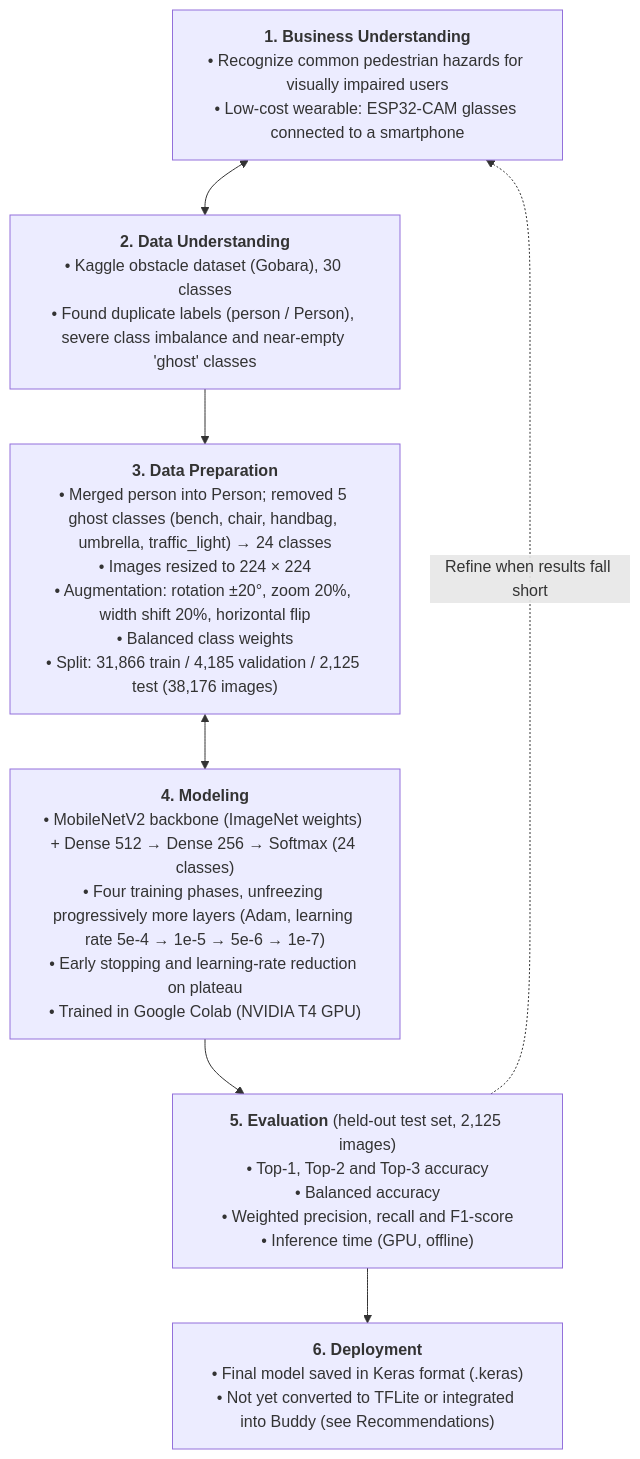
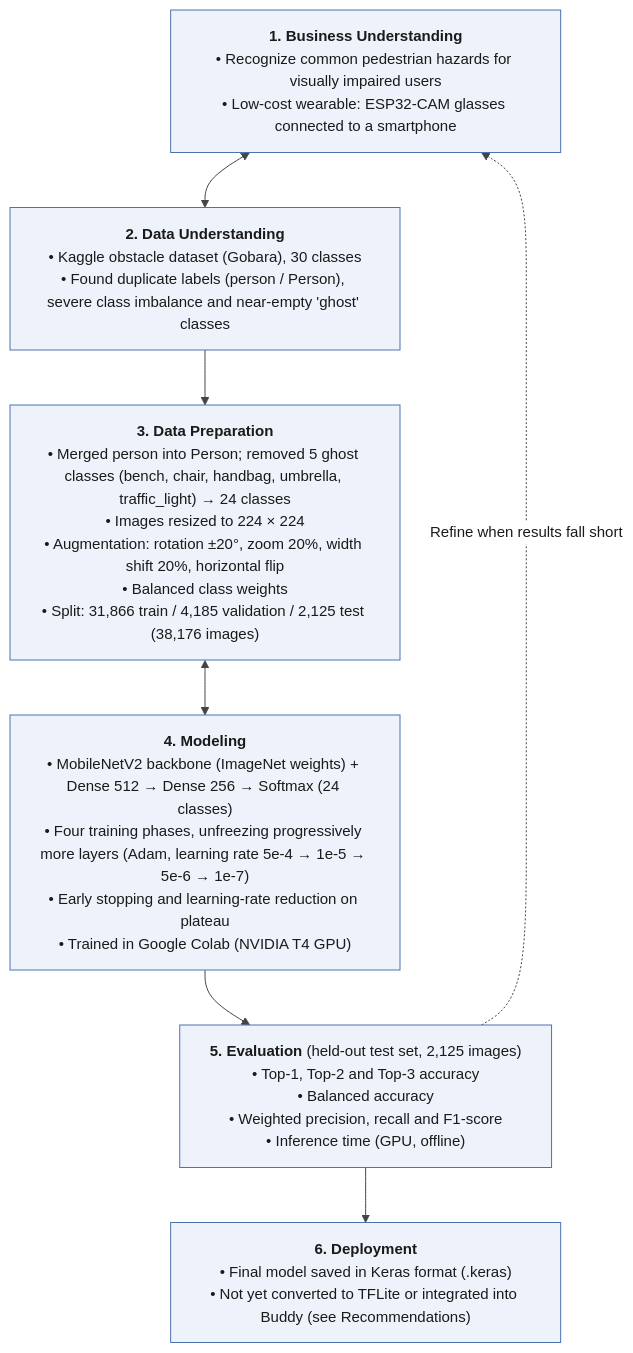
The diagram in docs/figures/02_chapter_3_methodology_lifecycle.md (ciellamher/easylens), drawn with Mermaid before and after one commit. The commit also changed 10 other files, not shown here.

Commit message:
docs(figures): restyle Chapter 3 diagrams to match the appendix figures

````diff
--- a/docs/figures/02_chapter_3_methodology_lifecycle.md
+++ b/docs/figures/02_chapter_3_methodology_lifecycle.md
@@ -43,22 +43,22 @@
 ```mermaid
-%%{init: {"flowchart": {"wrappingWidth": 330, "nodeSpacing": 40, "rankSpacing": 55}}}%%
+%%{init: {"theme": "base", "themeVariables": {"primaryColor": "#EEF3FB", "primaryBorderColor": "#4C72B0", "primaryTextColor": "#1A1A1A", "secondaryColor": "#FFF6E5", "tertiaryColor": "#F7F7F7", "lineColor": "#444444", "fontFamily": "arial, sans-serif", "fontSize": "15px", "edgeLabelBackground": "#FFFFFF", "clusterBkg": "#F7F7F7", "clusterBorder": "#9A9A9A", "actorBkg": "#EEF3FB", "actorBorder": "#4C72B0", "actorTextColor": "#1A1A1A", "actorLineColor": "#9A9A9A", "signalColor": "#333333", "signalTextColor": "#1A1A1A", "noteBkgColor": "#F2F2F2", "noteBorderColor": "#9A9A9A", "labelBoxBkgColor": "#F2F2F2", "labelBoxBorderColor": "#9A9A9A", "loopTextColor": "#1A1A1A", "activationBkgColor": "#EEF3FB"}, "flowchart": {"wrappingWidth": 330, "nodeSpacing": 40, "rankSpacing": 55}, "fontFamily": "arial, sans-serif"}}%%
 flowchart TD
     BU["<b>1. Business Understanding</b><br/>• Recognize common pedestrian hazards for visually impaired users<br/>• Low-cost wearable: ESP32-CAM glasses connected to a smartphone"]
 
     DU["<b>2. Data Understanding</b><br/>• Kaggle obstacle dataset (Gobara), 30 classes<br/>• Found duplicate labels (person / Person), severe class imbalance and near-empty 'ghost' classes"]
 
     DP["<b>3. Data Preparation</b><br/>• Merged person into Person; removed 5 ghost classes (bench, chair, handbag, umbrella, traffic_light) → 24 classes<br/>• Images resized to 224 × 224<br/>• Augmentation: rotation ±20°, zoom 20%, width shift 20%, horizontal flip<br/>• Balanced class weights<br/>• Split: 31,866 train / 4,185 validation / 2,125 test (38,176 images)"]
 
     M["<b>4. Modeling</b><br/>• MobileNetV2 backbone (ImageNet weights) + Dense 512 → Dense 256 → Softmax (24 classes)<br/>• Four training phases, unfreezing progressively more layers (Adam, learning rate 5e-4 → 1e-5 → 5e-6 → 1e-7)<br/>• Early stopping and learning-rate reduction on plateau<br/>• Trained in Google Colab (NVIDIA T4 GPU)"]
 
     EV["<b>5. Evaluation</b> (held-out test set, 2,125 images)<br/>• Top-1, Top-2 and Top-3 accuracy<br/>• Balanced accuracy<br/>• Weighted precision, recall and F1-score<br/>• Inference time (GPU, offline)"]
 
     DEP["<b>6. Deployment</b><br/>• Final model saved in Keras format (.keras)<br/>• Not yet converted to TFLite or integrated into Buddy (see Recommendations)"]
 
     BU <--> DU
     DU --> DP
     DP <--> M
     M --> EV
     EV --> DEP
     EV -.->|Refine when results fall short| BU
 ```
````
